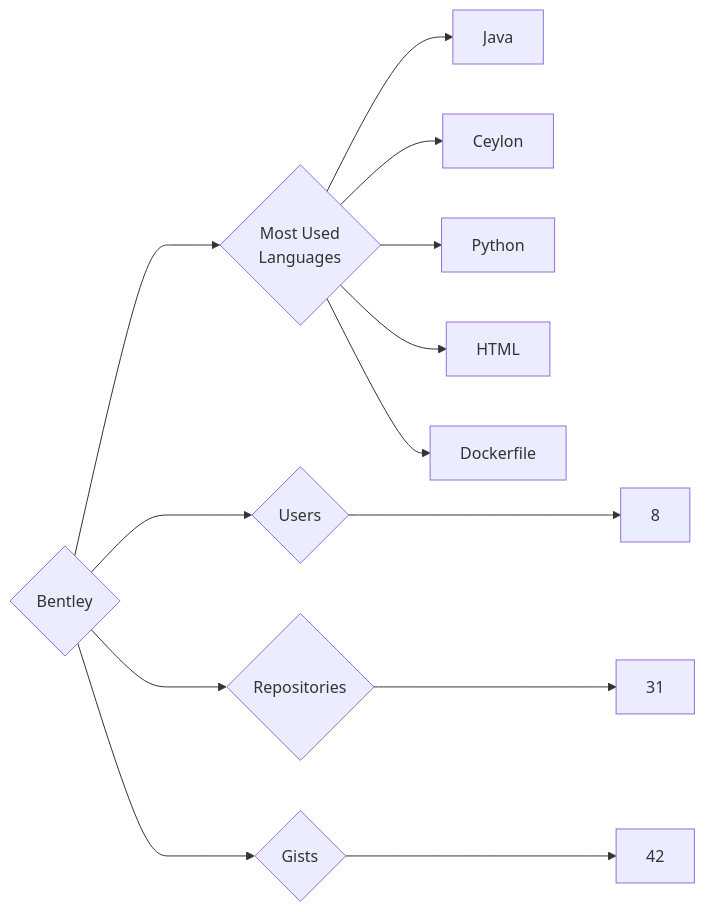
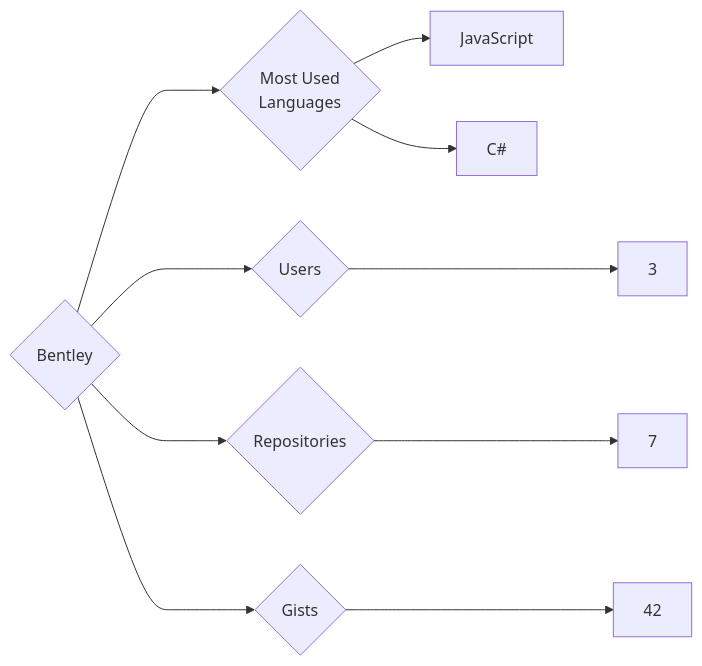
Before and after one commit to trickest/insiders: the diagram in targets/Bentley/README.md, drawn with Mermaid. The commit also changed 1078 other files, not shown here.

````diff
--- a/targets/Bentley/README.md
+++ b/targets/Bentley/README.md
@@ -3,13 +3,10 @@
 ```mermaid
 graph LR
 COMPANY_NAME{Bentley}
-COMPANY_NAME ---> U{Users} ---> UN[8]
-COMPANY_NAME ---> R{Repositories} ---> RN[31]
+COMPANY_NAME ---> U{Users} ---> UN[3]
+COMPANY_NAME ---> R{Repositories} ---> RN[7]
 COMPANY_NAME ---> G{Gists} ---> GN[42]
 COMPANY_NAME ---> ML{Most Used<br>Languages}
-ML --> Java[Java]
-ML --> Ceylon[Ceylon]
-ML --> Python[Python]
-ML --> HTML[HTML]
-ML --> Dockerfile[Dockerfile]
+ML --> JavaScript[JavaScript]
+ML --> C#[C#]
 ```
````
